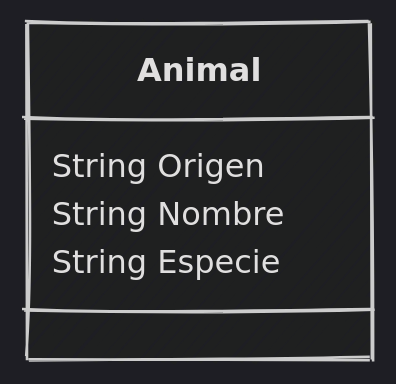
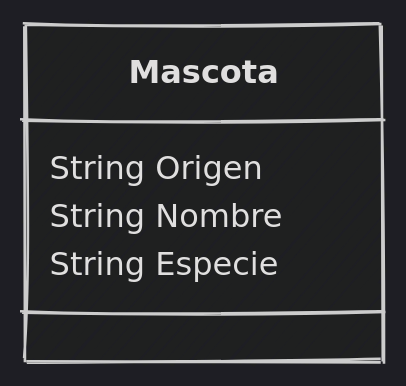
Before and after one commit to python-la-paz/python-study-group-oop: diagram 12 of 13 in content/sesion02/Readme.md, drawn with Mermaid. The commit also changed other lines of this file, not shown here.

````diff
--- a/content/sesion02/Readme.md
+++ b/content/sesion02/Readme.md
@@ -1024,9 +1118,9 @@
 ```mermaid
 %%{init: {"theme": "dark", "look": "handDrawn" }}%%
 classDiagram
-    class Animal {
+    class Mascota {
         String Origen
         String Nombre
         String Especie
     }
 ```
````
